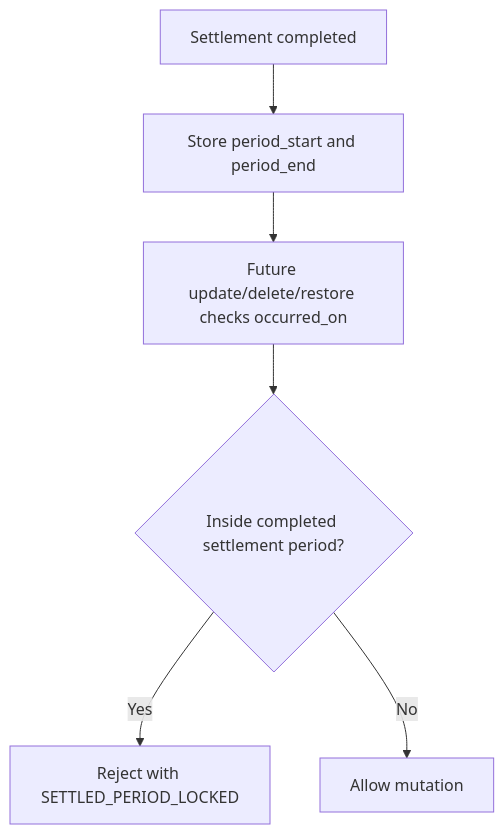
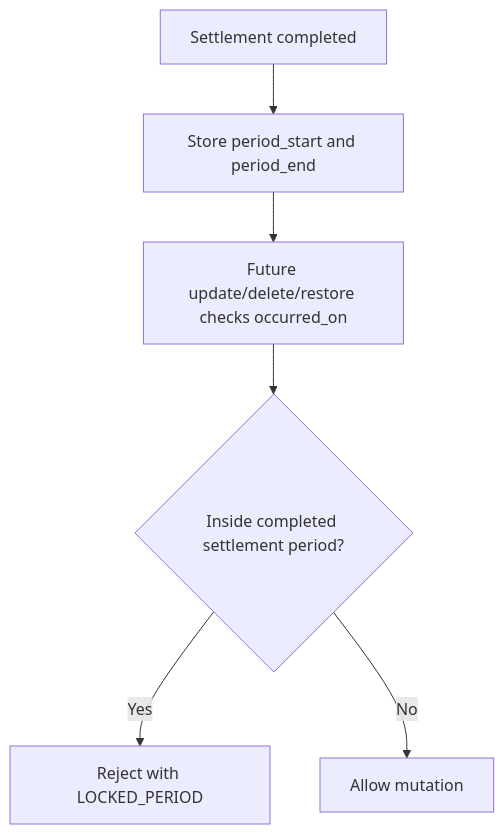
The fourth of 7 diagrams in docs/design/mimic-prd-v0.2-final.md (summer51202/mimic), drawn with Mermaid before and after one commit. The commit also changed other lines of this file, not shown here.

Commit message:
docs: align locked period error code

````diff
--- a/docs/design/mimic-prd-v0.2-final.md
+++ b/docs/design/mimic-prd-v0.2-final.md
@@ -674,8 +674,8 @@
 ```mermaid
 flowchart TD
   A[Settlement completed] --> B[Store period_start and period_end]
   B --> C[Future update/delete/restore checks occurred_on]
   C --> D{Inside completed settlement period?}
-  D -- Yes --> E[Reject with SETTLED_PERIOD_LOCKED]
+  D -- Yes --> E[Reject with LOCKED_PERIOD]
   D -- No --> F[Allow mutation]
 ```
````
